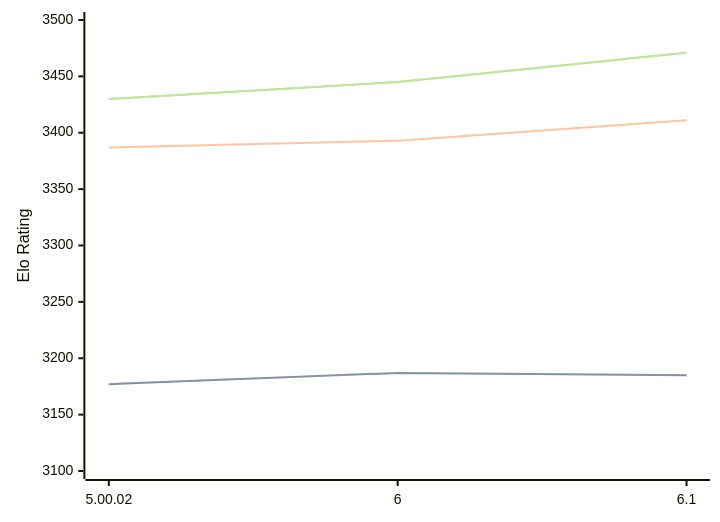
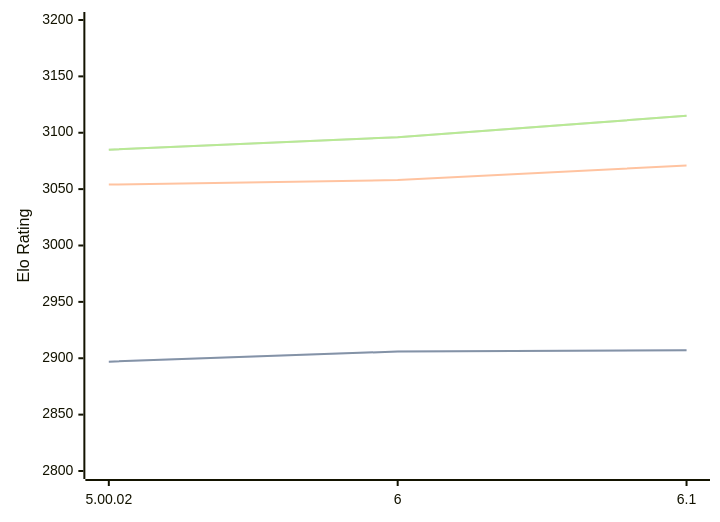
The diagram in engines/Zangdar.md (computer-chess-index/cci), drawn with Mermaid before and after one commit. The commit also changed other lines of this file, not shown here.

Commit message:
Update CCI Ratings (ELO VLTC) - 2026-02-23

````diff
--- a/engines/Zangdar.md
+++ b/engines/Zangdar.md
@@ -42,11 +42,11 @@
 ```mermaid
 %%{init: {"theme":"base","themeVariables":{"seriesColors:['#a3a3a3','#222221','#faa371']}}}%%
 xychart-beta
   x-axis ["5.00.02", "6", "6.1"]
-  y-axis "Elo Rating" 3100 --> 3500
-  line "STC (8.0+0.08s)" [3177, 3187, 3185]
-  line "STC (8.0+0.08s)" [3177, 3187, 3185]
-  line "LTC (60.0+0.60s)" [3387, 3393, 3411]
-  line "VLTC (2m24s+1.12s)" [3430, 3445, 3471]
-  line "VLTC (2m24s+1.12s)" [3430, 3445, 3471]
+  y-axis "Elo Rating" 2800 --> 3200
+  line "STC (8.0+0.08s)" [2897, 2906, 2907]
+  line "STC (8.0+0.08s)" [2897, 2906, 2907]
+  line "LTC (60.0+0.60s)" [3054, 3058, 3071]
+  line "VLTC (2m24s+1.12s)" [3085, 3096, 3115]
+  line "VLTC (2m24s+1.12s)" [3085, 3096, 3115]
 ```
````
